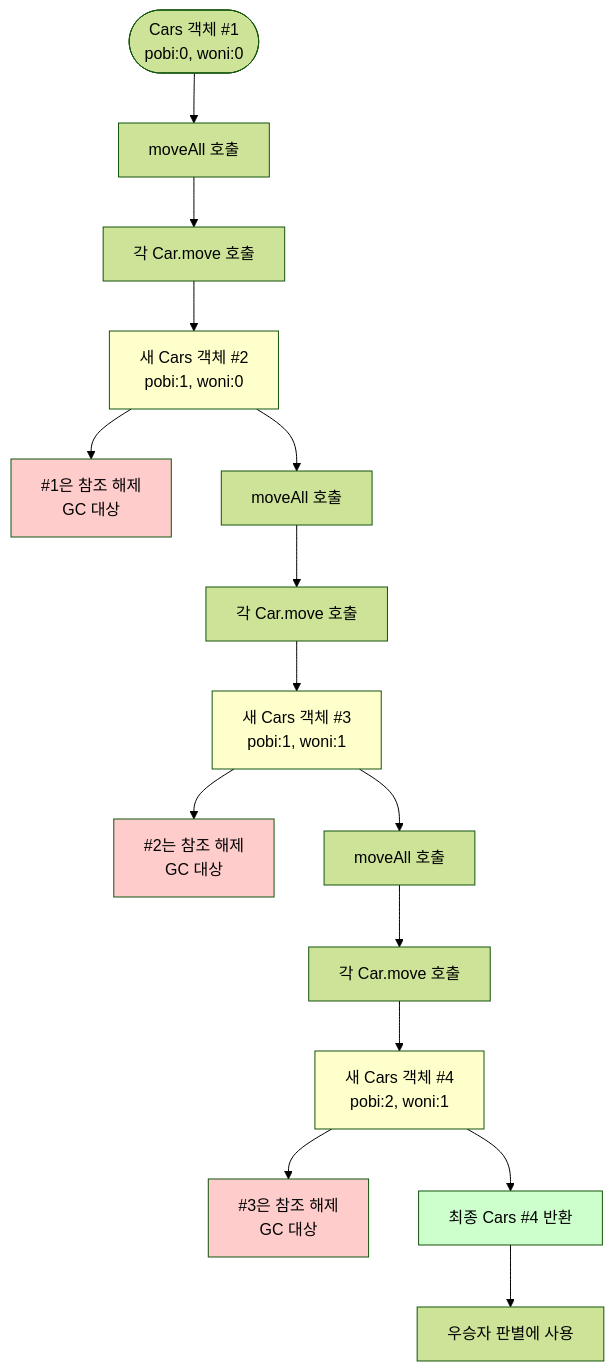
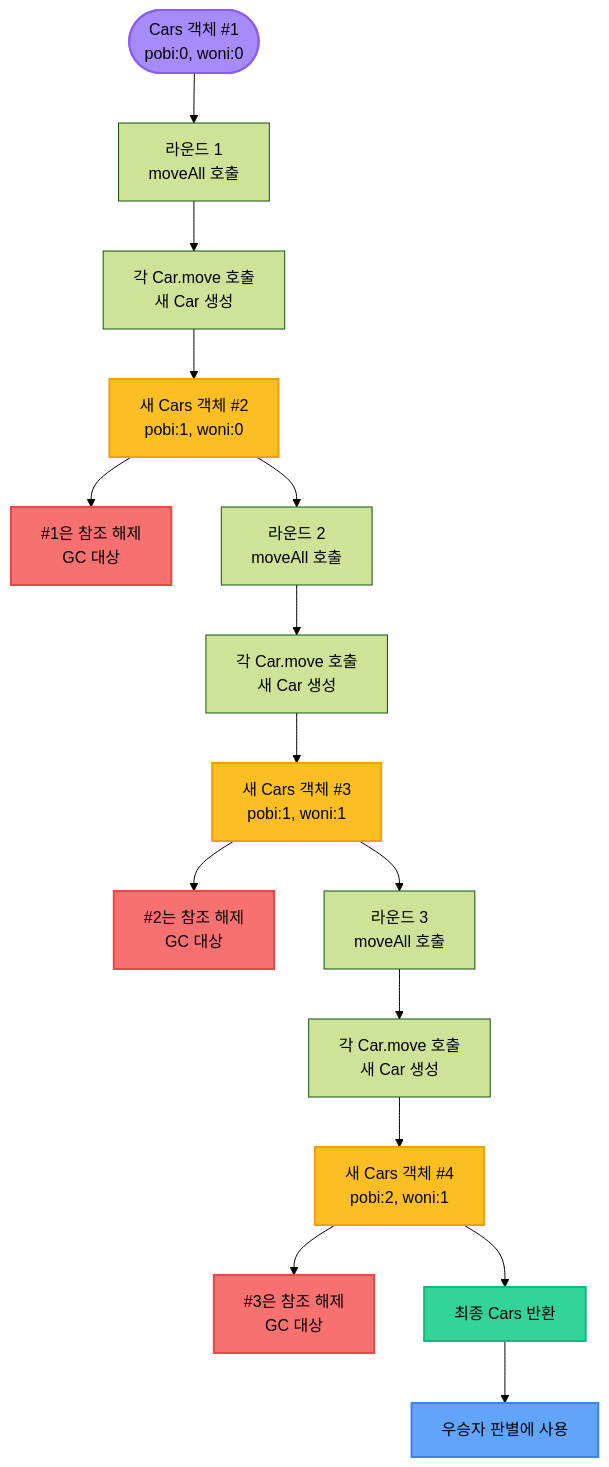
The fourth of 5 diagrams in README.md (luminox93/java-racingcar-8), drawn with Mermaid (forest theme) before and after one commit. The commit also changed other lines of this file, not shown here.

First line of the commit message:
docs: 다이어그램에 Fail-Fast 검증 흐름과 다크모드 지원 추가

````diff
--- a/README.md
+++ b/README.md
@@ -337,28 +401,30 @@
 ```mermaid
 flowchart TD
-    Start([Cars 객체 #1<br/>pobi:0, woni:0]) --> MoveAll1[moveAll 호출]
-    MoveAll1 --> Stream1[각 Car.move 호출]
-    Stream1 --> NewCars1[새 Cars 객체 #2<br/>pobi:1, woni:0]
-    NewCars1 --> GC1[#1은 참조 해제<br/>GC 대상]
+    Start(["Cars 객체 #1<br/>pobi:0, woni:0"]) --> MoveAll1["라운드 1<br/>moveAll 호출"]
+    MoveAll1 --> Stream1["각 Car.move 호출<br/>새 Car 생성"]
+    Stream1 --> NewCars1["새 Cars 객체 #2<br/>pobi:1, woni:0"]
+    NewCars1 --> GC1["#1은 참조 해제<br/>GC 대상"]
 
-    NewCars1 --> MoveAll2[moveAll 호출]
-    MoveAll2 --> Stream2[각 Car.move 호출]
-    Stream2 --> NewCars2[새 Cars 객체 #3<br/>pobi:1, woni:1]
-    NewCars2 --> GC2[#2는 참조 해제<br/>GC 대상]
+    NewCars1 --> MoveAll2["라운드 2<br/>moveAll 호출"]
+    MoveAll2 --> Stream2["각 Car.move 호출<br/>새 Car 생성"]
+    Stream2 --> NewCars2["새 Cars 객체 #3<br/>pobi:1, woni:1"]
+    NewCars2 --> GC2["#2는 참조 해제<br/>GC 대상"]
 
-    NewCars2 --> MoveAll3[moveAll 호출]
-    MoveAll3 --> Stream3[각 Car.move 호출]
-    Stream3 --> NewCars3[새 Cars 객체 #4<br/>pobi:2, woni:1]
-    NewCars3 --> GC3[#3은 참조 해제<br/>GC 대상]
+    NewCars2 --> MoveAll3["라운드 3<br/>moveAll 호출"]
+    MoveAll3 --> Stream3["각 Car.move 호출<br/>새 Car 생성"]
+    Stream3 --> NewCars3["새 Cars 객체 #4<br/>pobi:2, woni:1"]
+    NewCars3 --> GC3["#3은 참조 해제<br/>GC 대상"]
 
-    NewCars3 --> Return[최종 Cars #4 반환]
-    Return --> Winner[우승자 판별에 사용]
+    NewCars3 --> Return["최종 Cars 반환"]
+    Return --> Winner["우승자 판별에 사용"]
 
-    style NewCars1 fill:#ffffcc
-    style NewCars2 fill:#ffffcc
-    style NewCars3 fill:#ffffcc
-    style GC1 fill:#ffcccc
-    style GC2 fill:#ffcccc
-    style GC3 fill:#ffcccc
-    style Return fill:#ccffcc
+    style Start fill:#a78bfa,stroke:#8b5cf6,stroke-width:2px,color:#000
+    style NewCars1 fill:#fbbf24,stroke:#f59e0b,stroke-width:2px,color:#000
+    style NewCars2 fill:#fbbf24,stroke:#f59e0b,stroke-width:2px,color:#000
+    style NewCars3 fill:#fbbf24,stroke:#f59e0b,stroke-width:2px,color:#000
+    style GC1 fill:#f87171,stroke:#ef4444,stroke-width:2px,color:#000
+    style GC2 fill:#f87171,stroke:#ef4444,stroke-width:2px,color:#000
+    style GC3 fill:#f87171,stroke:#ef4444,stroke-width:2px,color:#000
+    style Return fill:#34d399,stroke:#10b981,stroke-width:2px,color:#000
+    style Winner fill:#60a5fa,stroke:#3b82f6,stroke-width:2px,color:#000
 ```
````
